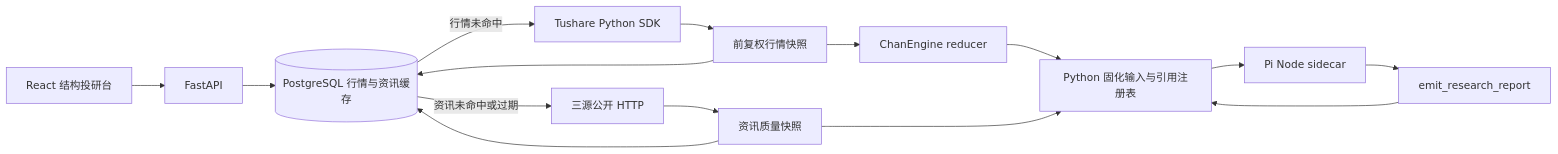
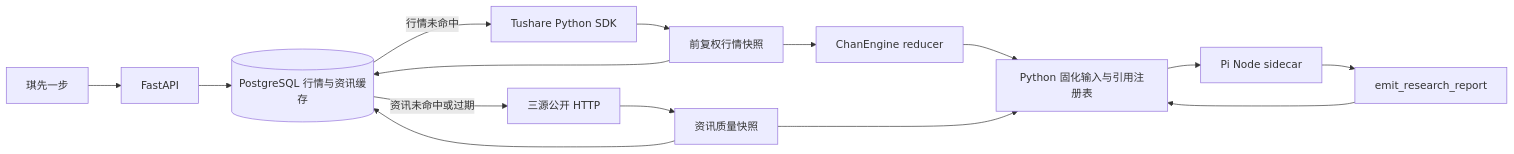
The diagram in README.md (alleneee/investment-advisor), drawn with Mermaid before and after one commit. The commit also changed other lines of this file and 3 other files, not shown here.

First line of the commit message:
docs: add runtime architecture diagram

````diff
--- a/README.md
+++ b/README.md
@@ -10,17 +12,17 @@
 ```mermaid
 flowchart LR
-    A[React 结构投研台] --> B[FastAPI]
+    A[琪先一步] --> B[FastAPI]
     B --> C[(PostgreSQL 行情与资讯缓存)]
     C -- 行情未命中 --> D[Tushare Python SDK]
     C -- 资讯未命中或过期 --> E[三源公开 HTTP]
     D --> F[前复权行情快照]
     E --> G[资讯质量快照]
     F --> C
     G --> C
     F --> H[ChanEngine reducer]
     H --> I[Python 固化输入与引用注册表]
     G --> I
     I --> J[Pi Node sidecar]
     J --> K[emit_research_report]
     K --> I
 ```
````
